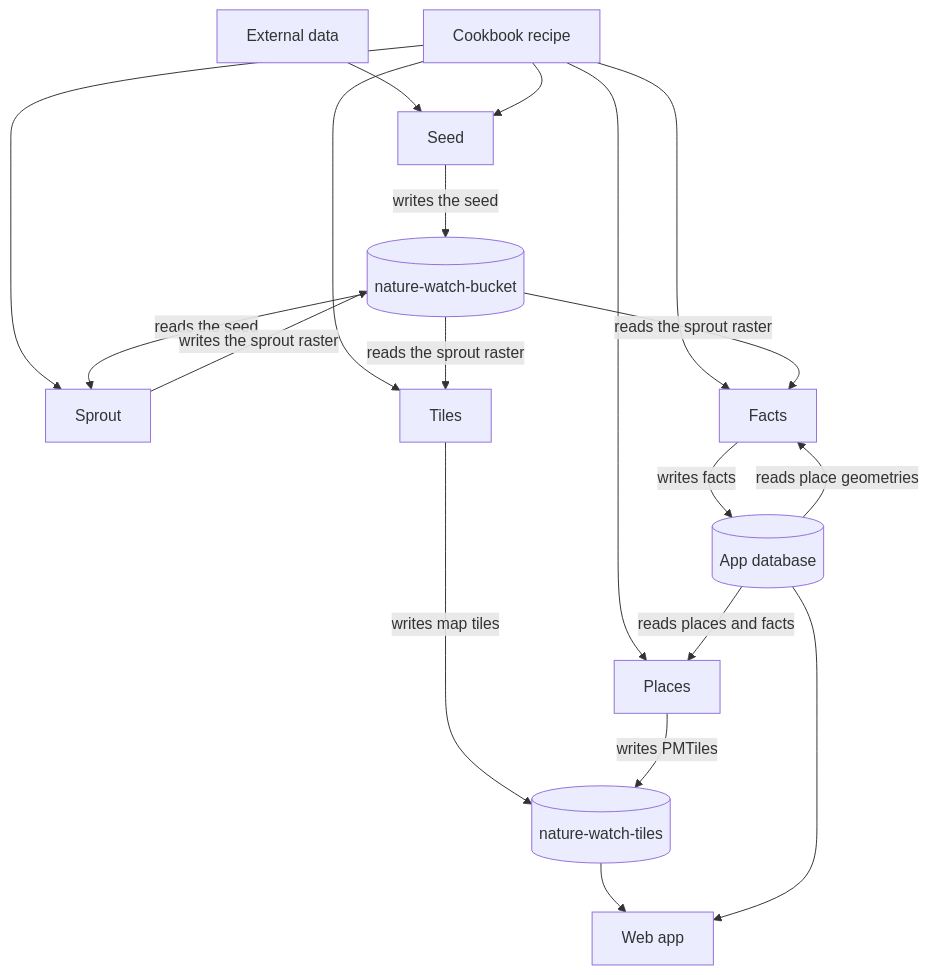
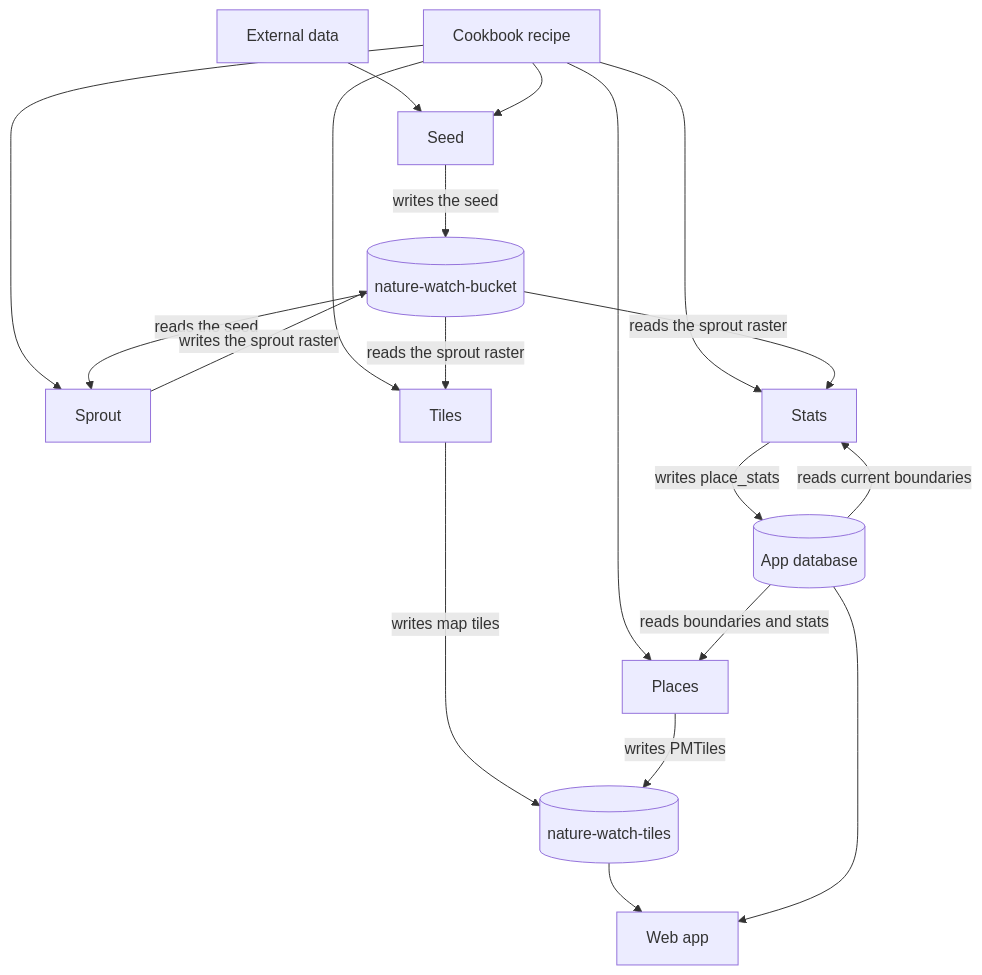
The first of 2 diagrams in docs/pipelines.md (marynvdl/naturewatch-analysis), drawn with Mermaid before and after one commit. The commit also changed other lines of this file and 12 other files, not shown here.

First line of the commit message:
Database Honing task 07: stats tables in the stats and places scripts (#29)

````diff
--- a/docs/pipelines.md
+++ b/docs/pipelines.md
@@ -24,33 +24,33 @@
 ```mermaid
 flowchart TD
   external[External data]
   recipe[Cookbook recipe]
   seed[Seed]
   bucket[(nature-watch-bucket)]
   sprout[Sprout]
-  facts[Facts]
+  stats[Stats]
   tiles[Tiles]
   places[Places]
   tilesBucket[(nature-watch-tiles)]
   database[(App database)]
   app[Web app]
 
   external --> seed
   recipe --> seed
   recipe --> sprout
-  recipe --> facts
+  recipe --> stats
   recipe --> tiles
   recipe --> places
   seed -->|writes the seed| bucket
   bucket -->|reads the seed| sprout
   sprout -->|writes the sprout raster| bucket
-  bucket -->|reads the sprout raster| facts
+  bucket -->|reads the sprout raster| stats
   bucket -->|reads the sprout raster| tiles
-  database -->|reads place geometries| facts
-  facts -->|writes facts| database
-  database -->|reads places and facts| places
+  database -->|reads current boundaries| stats
+  stats -->|writes place_stats| database
+  database -->|reads boundaries and stats| places
   tiles -->|writes map tiles| tilesBucket
   places -->|writes PMTiles| tilesBucket
   tilesBucket --> app
   database --> app
 ```
````
